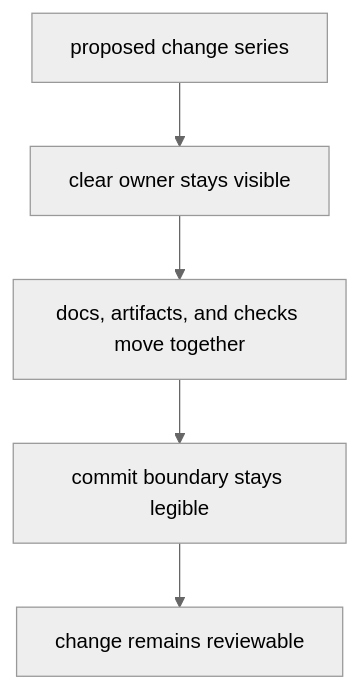
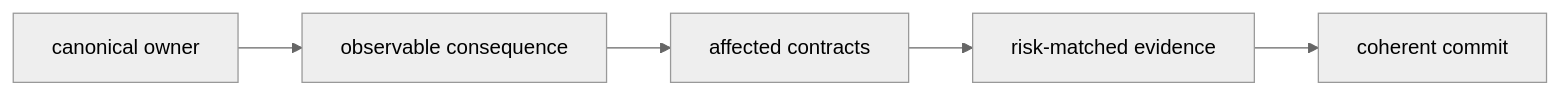
The diagram in docs/01-bijux-proteomics/operations/change-management.md (bijux/bijux-proteomics), drawn with Mermaid (neutral theme) before and after one commit. The commit also changed other lines of this file and 2 other files, not shown here.

Commit message:
docs(review): define repository change evidence

````diff
--- a/docs/01-bijux-proteomics/operations/change-management.md
+++ b/docs/01-bijux-proteomics/operations/change-management.md
@@ -18,13 +26,9 @@
 ```mermaid
-flowchart TB
-    proposal["proposed change series"]
-    owner["clear owner stays visible"]
-    proof["docs, artifacts, and checks move together"]
-    commit["commit boundary stays legible"]
-    merge["change remains reviewable"]
-
-    proposal --> owner
-    owner --> proof
-    proof --> commit
-    commit --> merge
+flowchart LR
+    owner["canonical owner"]
+    consequence["observable consequence"]
+    contracts["affected contracts"]
+    evidence["risk-matched evidence"]
+    commit["coherent commit"]
+    owner --> consequence --> contracts --> evidence --> commit
 ```
````
